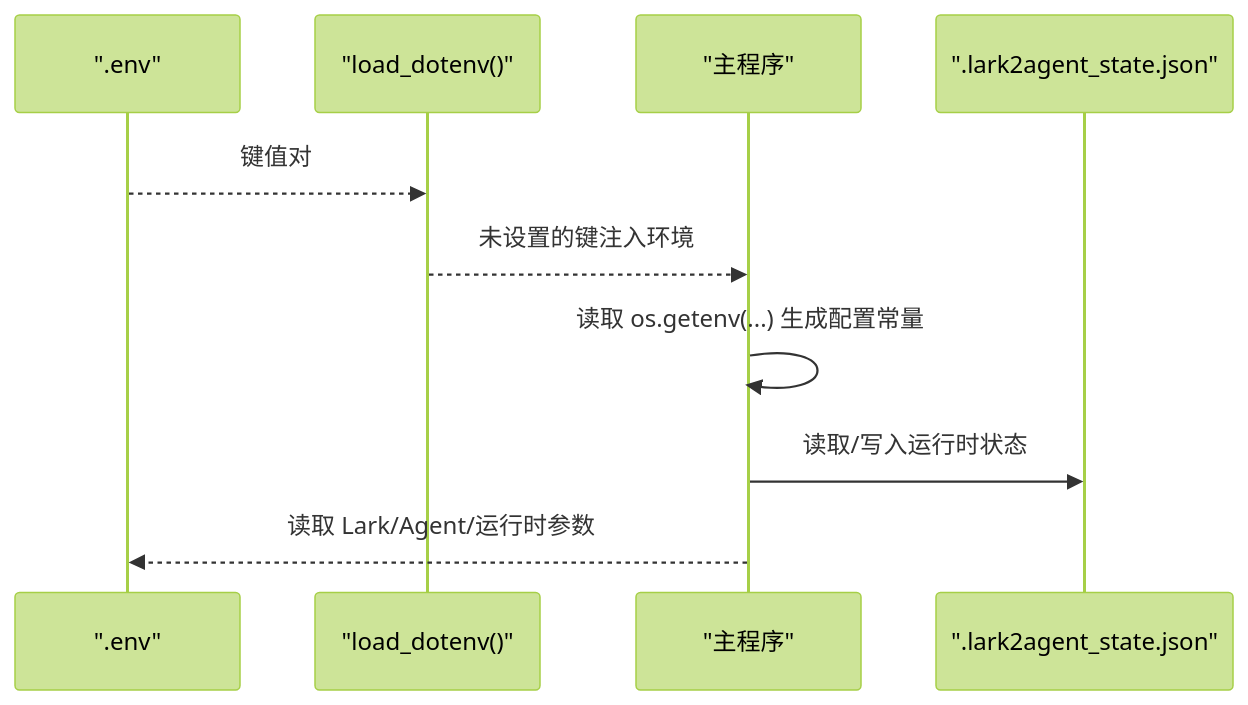
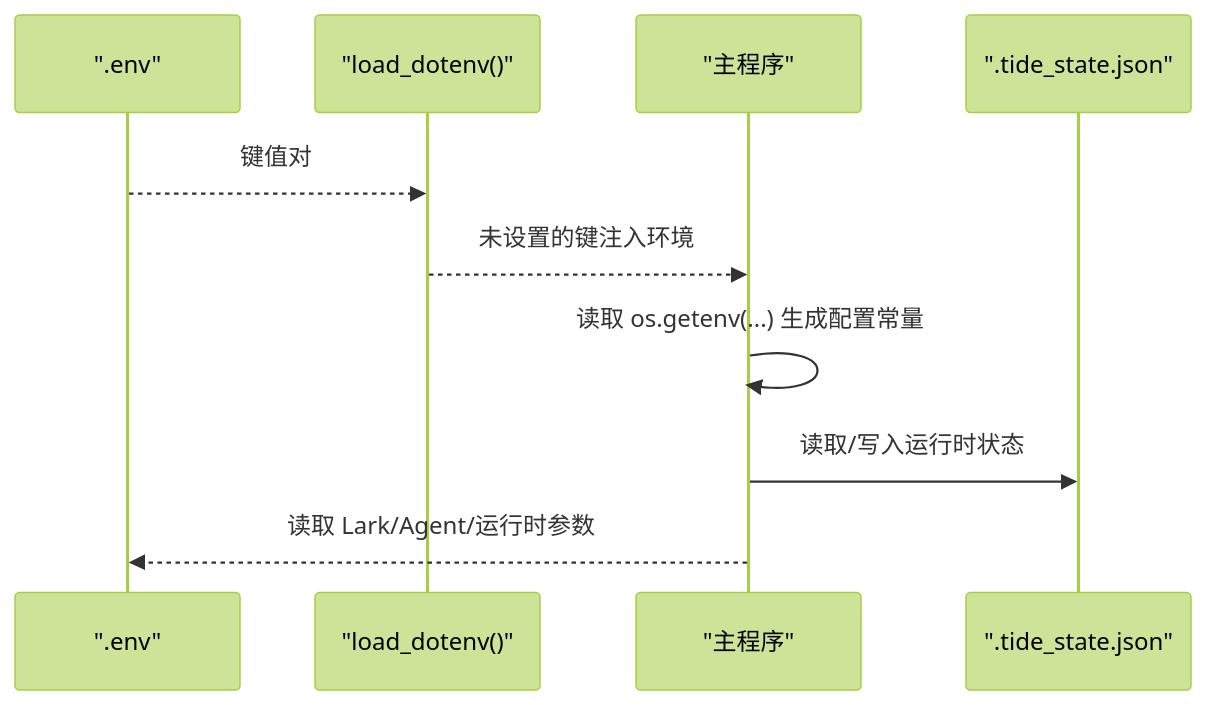
Before and after one commit to winditer/tide: the second of 4 diagrams in .qoder/repowiki/zh/content/配置和环境/配置和环境.md, drawn with Mermaid (forest theme). The commit also changed other lines of this file and 260 other files, not shown here.

````diff
--- a/.qoder/repowiki/zh/content/配置和环境/配置和环境.md
+++ b/.qoder/repowiki/zh/content/配置和环境/配置和环境.md
@@ -71,12 +71,12 @@
 ```mermaid
 sequenceDiagram
 participant Env as ".env"
 participant Loader as "load_dotenv()"
 participant Proc as "主程序"
-participant State as ".lark2agent_state.json"
+participant State as ".tide_state.json"
 Env-->>Loader : 键值对
 Loader-->>Proc : 未设置的键注入环境
 Proc->>Proc : 读取 os.getenv(...) 生成配置常量
 Proc->>State : 读取/写入运行时状态
 Proc-->>Env : 读取 Lark/Agent/运行时参数
 ```
````
